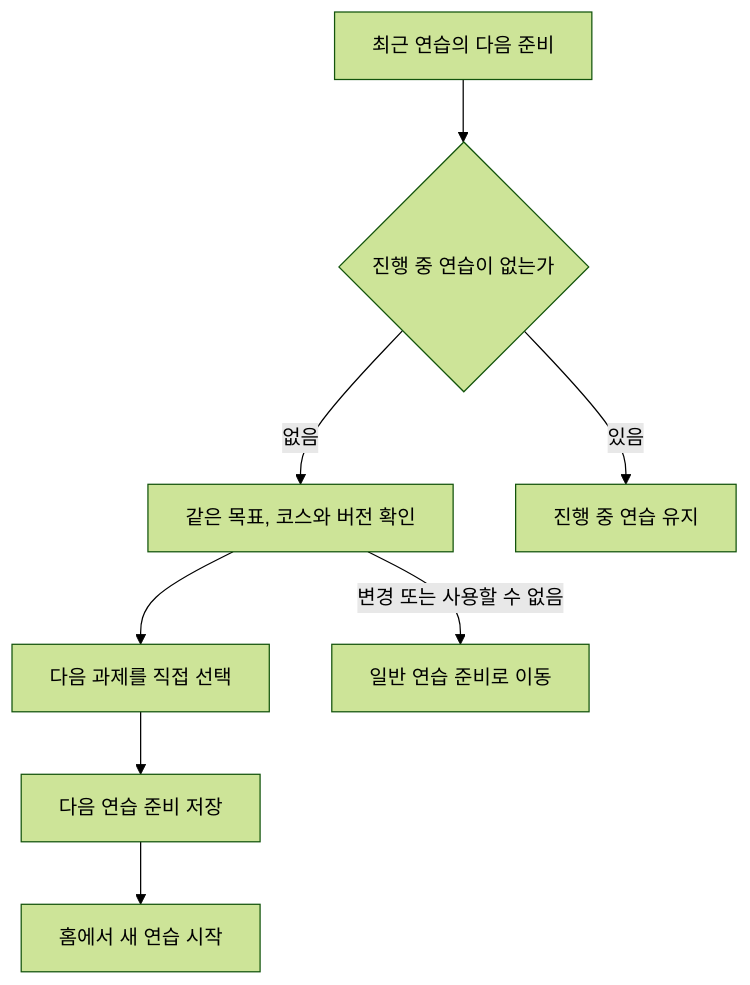
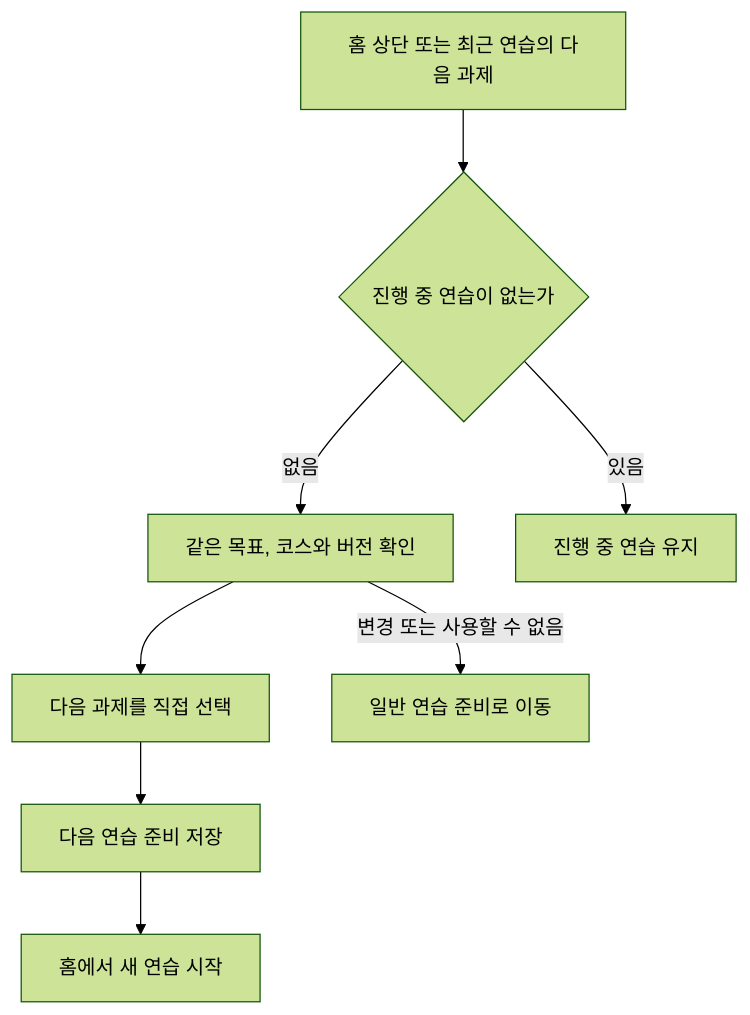
One commit to HanGilLab/Android changed the fifth of 10 diagrams in docs/development/app-usage-flow.md. Above: the diagram before and after it, drawn with Mermaid (forest theme). The commit also changed other lines of this file and 13 other files, not shown here.

````diff
--- a/docs/development/app-usage-flow.md
+++ b/docs/development/app-usage-flow.md
@@ -92,10 +97,10 @@
 ```mermaid
 flowchart TD
-    nextEntry["최근 연습의 다음 준비"] --> noActive{"진행 중 연습이 없는가"}
+    nextEntry["홈 상단 또는 최근 연습의 다음 과제"] --> noActive{"진행 중 연습이 없는가"}
     noActive -->|"없음"| nextSource["같은 목표, 코스와 버전 확인"]
     noActive -->|"있음"| keepActive["진행 중 연습 유지"]
     nextSource --> nextTask["다음 과제를 직접 선택"]
     nextTask --> nextSave["다음 연습 준비 저장"]
     nextSave --> readyAgain["홈에서 새 연습 시작"]
     nextSource -->|"변경 또는 사용할 수 없음"| normalPrepare["일반 연습 준비로 이동"]
 ```
````
